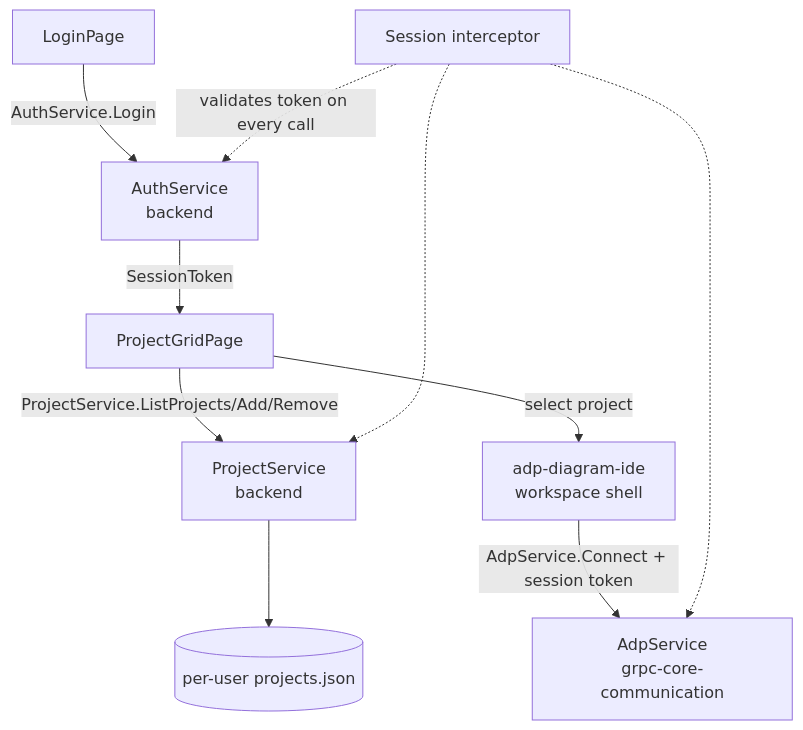
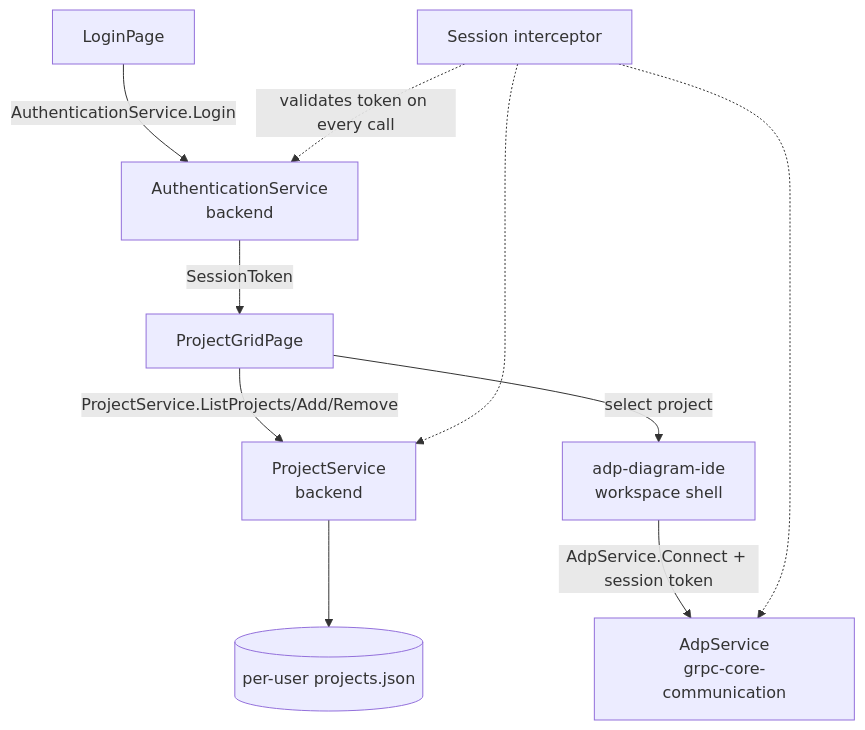
Before and after one commit to etalii-adp/etalii.adp.ide.standalone: the diagram in .spec-workflow/specs/login-project-selection/design.md, drawn with Mermaid. The commit also changed other lines of this file and 1 other file, not shown here.

Commit message:
Expanded `login-project-selection` requirements with default local-mode credentials and applied consistent markdown formatting across NFRs and design documents.

````diff
--- a/.spec-workflow/specs/login-project-selection/design.md
+++ b/.spec-workflow/specs/login-project-selection/design.md
@@ -34,12 +40,12 @@
 ```mermaid
 graph TD
-    Login[LoginPage] -->|AuthService.Login| Auth[AuthService<br/>backend]
+    Login[LoginPage] -->|AuthenticationService.Login| Auth[AuthenticationService<br/>backend]
     Auth -->|SessionToken| Grid[ProjectGridPage]
     Grid -->|ProjectService.ListProjects/Add/Remove| Projects[ProjectService<br/>backend]
     Projects --> ProjectsFile[(per-user projects.json)]
     Grid -->|select project| Shell[adp-diagram-ide<br/>workspace shell]
     Shell -->|AdpService.Connect + session token| Core[AdpService<br/>grpc-core-communication]
     Interceptor[Session interceptor] -.validates token on every call.-> Auth
     Interceptor -.-> Projects
     Interceptor -.-> Core
 ```
````
